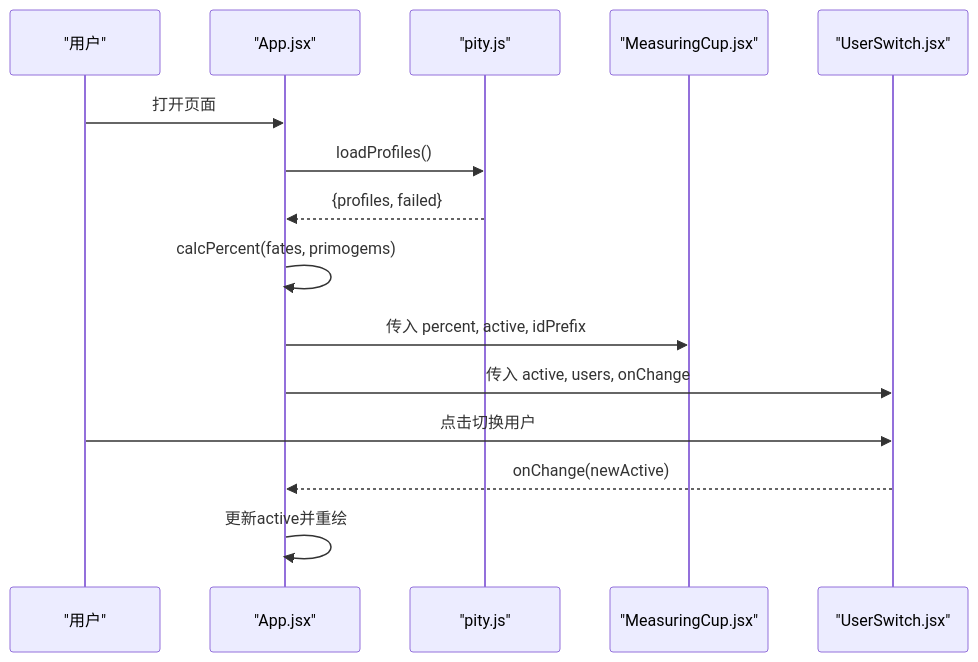
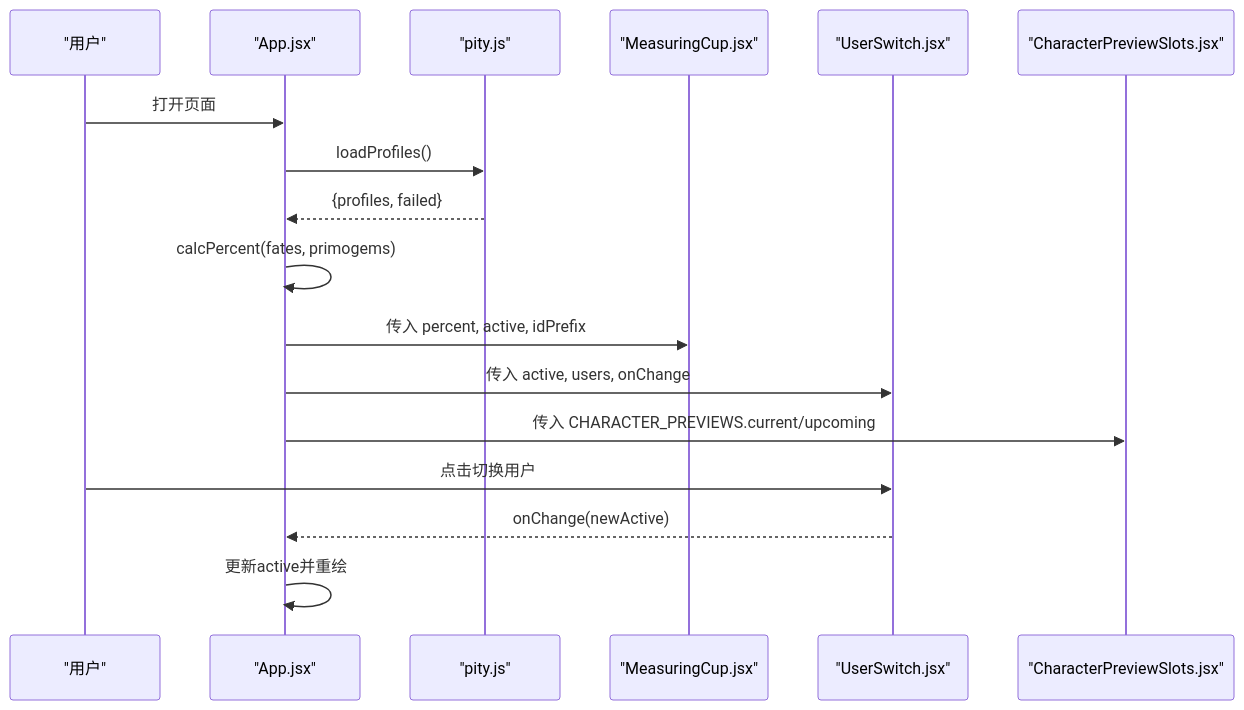
Before and after one commit to March7th-OvO/yuanshen: the second of 7 diagrams in .qoder/repowiki/zh/content/UI组件/UI组件.md, drawn with Mermaid. The commit also changed other lines of this file and 5 other files, not shown here.

````diff
--- a/.qoder/repowiki/zh/content/UI组件/UI组件.md
+++ b/.qoder/repowiki/zh/content/UI组件/UI组件.md
@@ -92,17 +107,19 @@
 ```mermaid
 sequenceDiagram
 participant U as "用户"
 participant App as "App.jsx"
 participant P as "pity.js"
 participant Cup as "MeasuringCup.jsx"
 participant Switch as "UserSwitch.jsx"
+participant Preview as "CharacterPreviewSlots.jsx"
 U->>App : 打开页面
 App->>P : loadProfiles()
 P-->>App : {profiles, failed}
 App->>App : calcPercent(fates, primogems)
 App->>Cup : 传入 percent, active, idPrefix
 App->>Switch : 传入 active, users, onChange
+App->>Preview : 传入 CHARACTER_PREVIEWS.current/upcoming
 U->>Switch : 点击切换用户
 Switch-->>App : onChange(newActive)
 App->>App : 更新active并重绘
 ```
````
